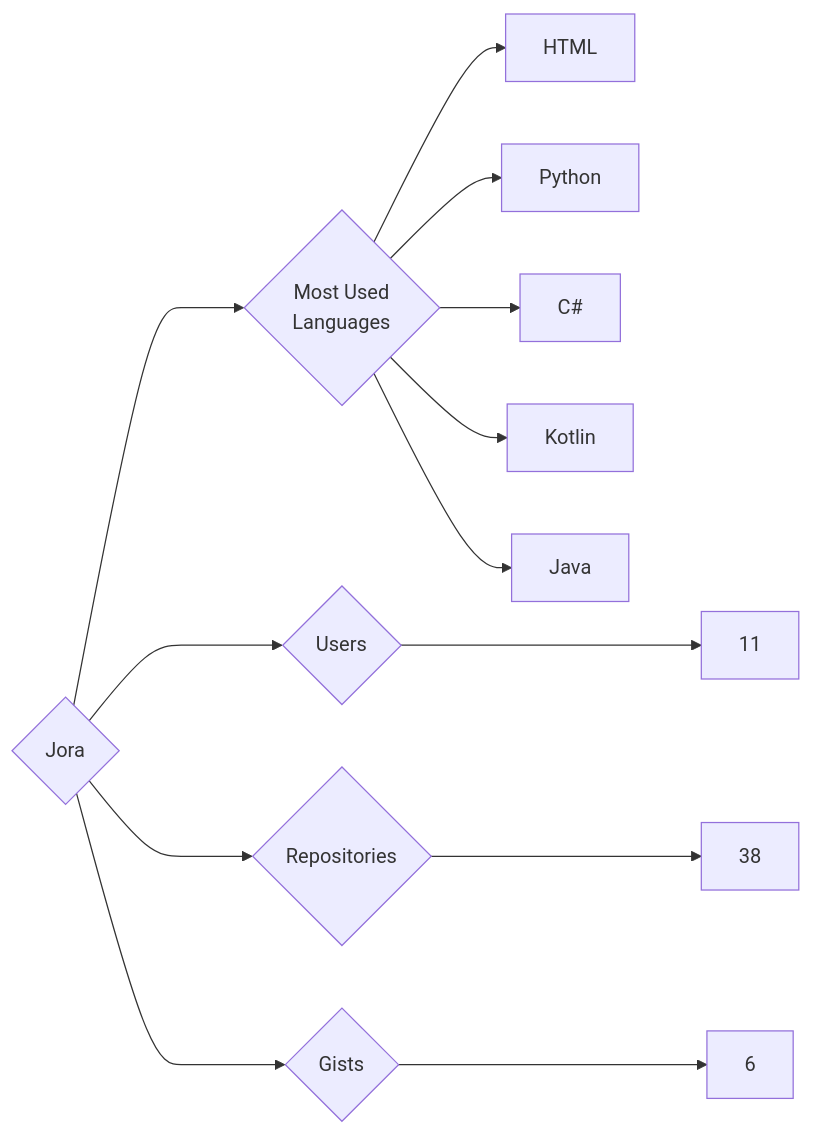
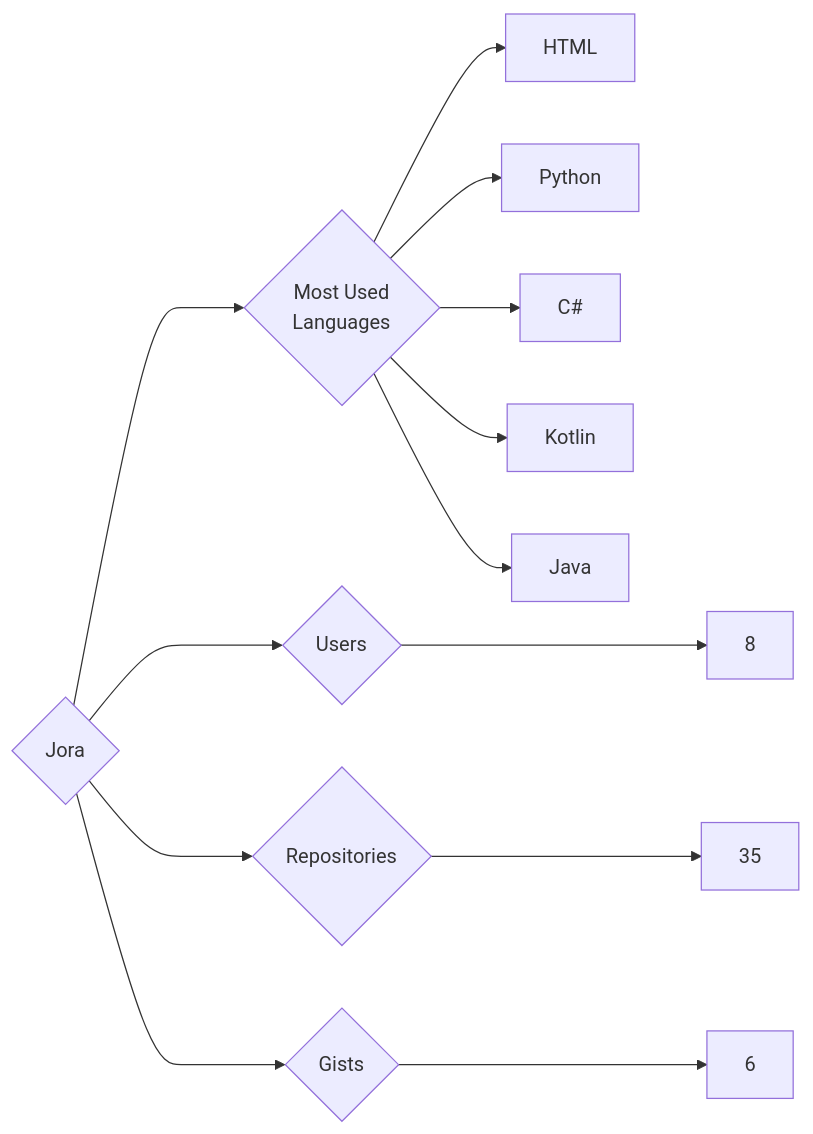
Before and after one commit to trickest/insiders: the diagram in targets/Jora/README.md, drawn with Mermaid. The commit also changed 873 other files, not shown here.

````diff
--- a/targets/Jora/README.md
+++ b/targets/Jora/README.md
@@ -3,13 +3,13 @@
 ```mermaid
 graph LR
 COMPANY_NAME{Jora}
-COMPANY_NAME ---> U{Users} ---> UN[11]
-COMPANY_NAME ---> R{Repositories} ---> RN[38]
+COMPANY_NAME ---> U{Users} ---> UN[8]
+COMPANY_NAME ---> R{Repositories} ---> RN[35]
 COMPANY_NAME ---> G{Gists} ---> GN[6]
 COMPANY_NAME ---> ML{Most Used<br>Languages}
 ML --> HTML[HTML]
 ML --> Python[Python]
 ML --> C#[C#]
 ML --> Kotlin[Kotlin]
 ML --> Java[Java]
 ```
````
